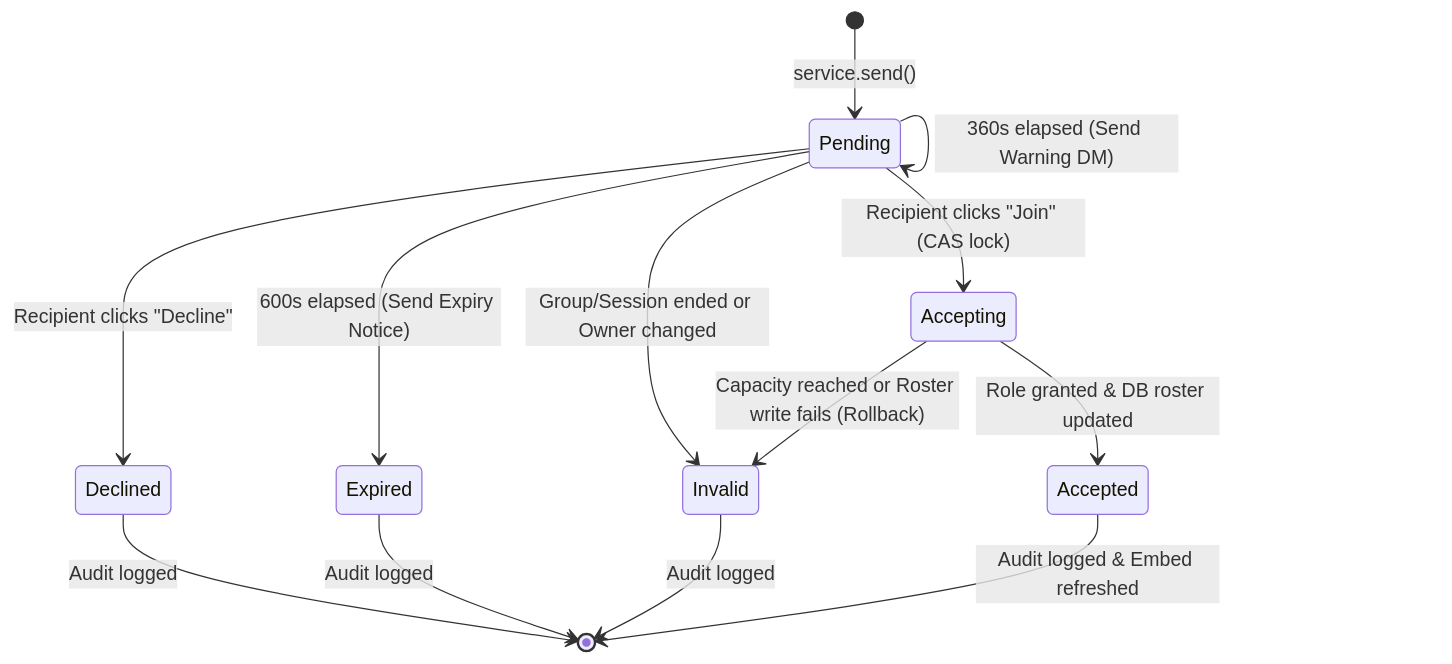
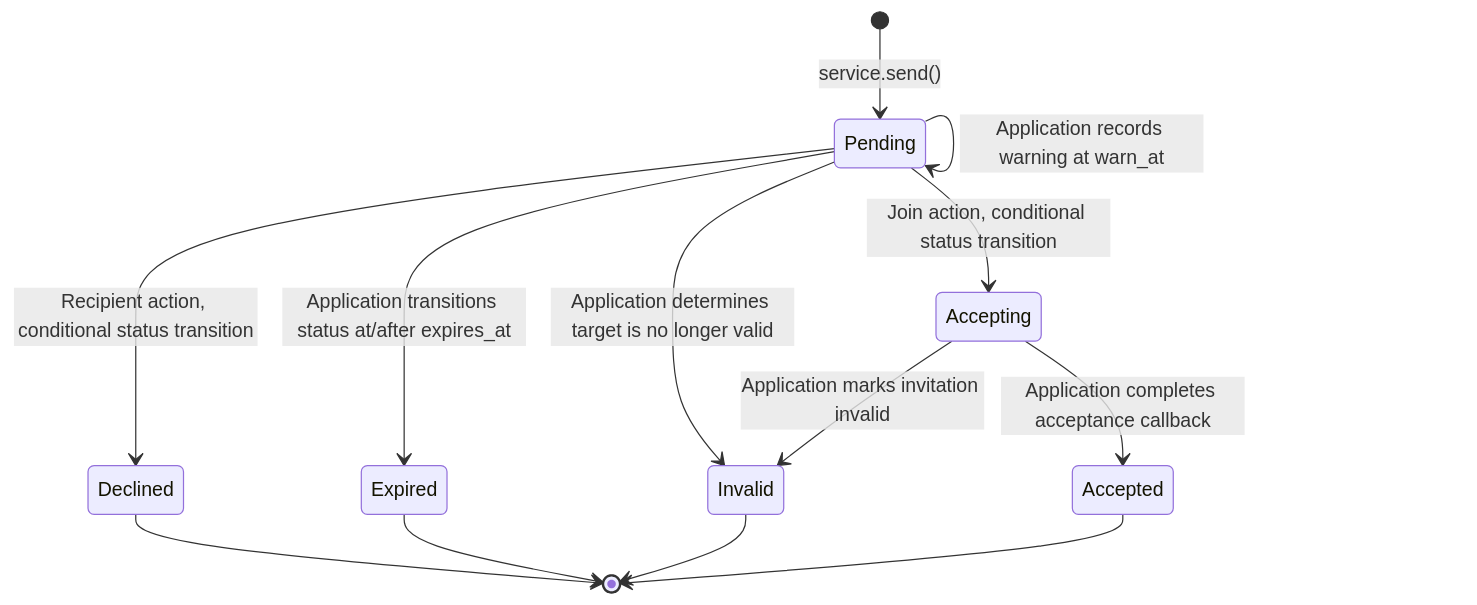
The second of 5 diagrams in database_architecture.md (Vectorphy/crispy-octo-happiness), drawn with Mermaid before and after one commit. The commit also changed other lines of this file and 41 other files, not shown here.

````diff
--- a/database_architecture.md
+++ b/database_architecture.md
@@ -472,18 +462,16 @@
 ```mermaid
 stateDiagram-v2
     [*] --> Pending: service.send()
     
-    Pending --> Pending: 360s elapsed (Send Warning DM)
-    Pending --> Expired: 600s elapsed (Send Expiry Notice)
-    Pending --> Invalid: Group/Session ended or Owner changed
-    Pending --> Declined: Recipient clicks "Decline"
-    Pending --> Accepting: Recipient clicks "Join" (CAS lock)
-    
-    Accepting --> Accepted: Role granted & DB roster updated
-    Accepting --> Invalid: Capacity reached or Roster write fails (Rollback)
-    
-    Declined --> [*]: Audit logged
-    Expired --> [*]: Audit logged
-    Invalid --> [*]: Audit logged
-    Accepted --> [*]: Audit logged & Embed refreshed
+    Pending --> Pending: Application records warning at warn_at
+    Pending --> Expired: Application transitions status at/after expires_at
+    Pending --> Invalid: Application determines target is no longer valid
+    Pending --> Declined: Recipient action, conditional status transition
+    Pending --> Accepting: Join action, conditional status transition
+    Accepting --> Accepted: Application completes acceptance callback
+    Accepting --> Invalid: Application marks invitation invalid
+    Declined --> [*]
+    Expired --> [*]
+    Invalid --> [*]
+    Accepted --> [*]
 ```
````
